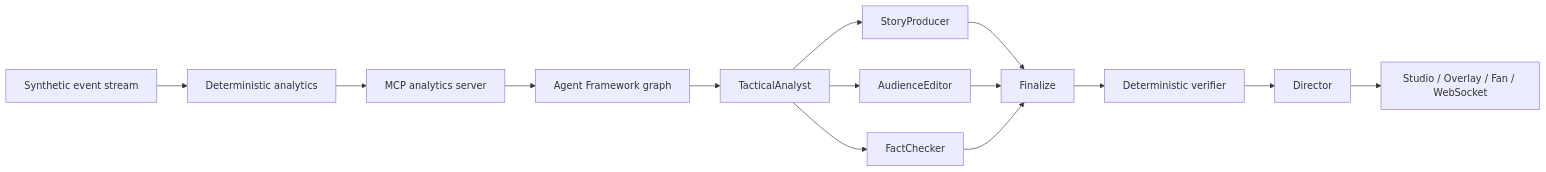
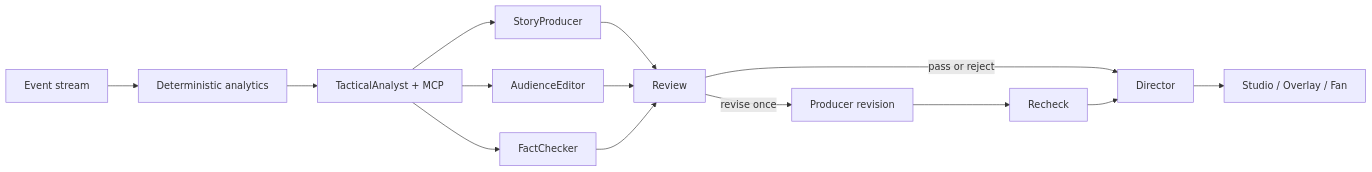
One commit to ZCWarren/matchmind changed the diagram in docs/JUDGE-GUIDE.md. Above: the diagram before and after it, drawn with Mermaid. The commit also changed other lines of this file and 85 other files, not shown here.

````diff
--- a/docs/JUDGE-GUIDE.md
+++ b/docs/JUDGE-GUIDE.md
@@ -72,16 +42,16 @@
 ```mermaid
 flowchart LR
-  A[Synthetic event stream] --> B[Deterministic analytics]
-  B --> C[MCP analytics server]
-  C --> D[Agent Framework graph]
-  D --> D1[TacticalAnalyst]
-  D1 --> D2[StoryProducer]
-  D1 --> D3[AudienceEditor]
-  D1 --> D4[FactChecker]
-  D2 --> E[Finalize]
-  D3 --> E
-  D4 --> E
-  E --> F[Deterministic verifier]
-  F --> G[Director]
-  G --> H[Studio / Overlay / Fan / WebSocket]
+  A[Event stream] --> B[Deterministic analytics]
+  B --> C[TacticalAnalyst + MCP]
+  C --> D[StoryProducer]
+  C --> E[AudienceEditor]
+  C --> F[FactChecker]
+  D --> G[Review]
+  E --> G
+  F --> G
+  G -->|revise once| H[Producer revision]
+  H --> I[Recheck]
+  G -->|pass or reject| J[Director]
+  I --> J
+  J --> K[Studio / Overlay / Fan]
 ```
````
